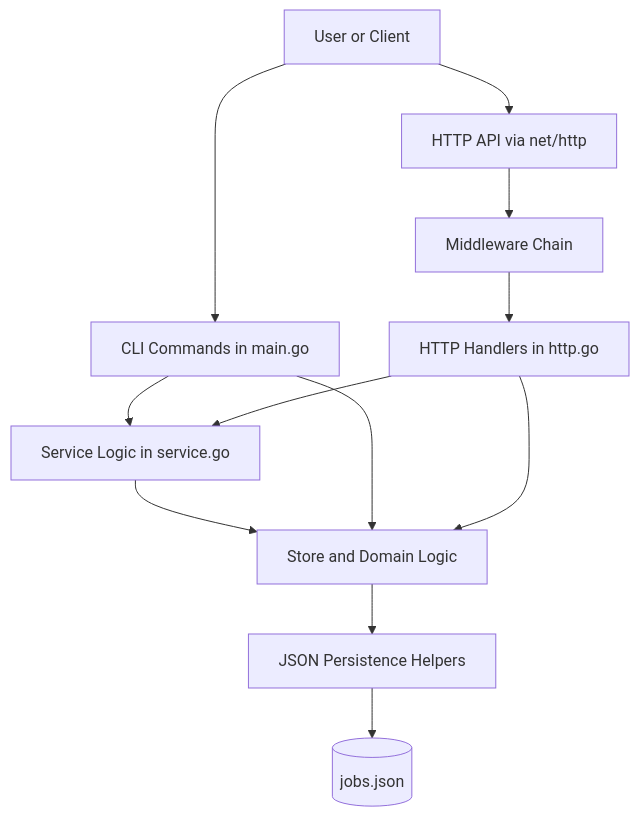
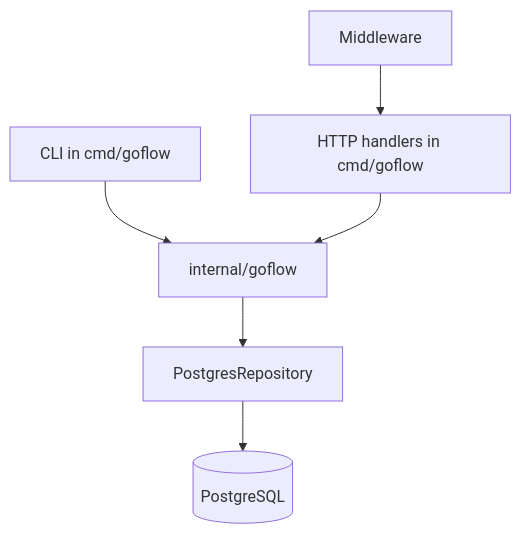
Before and after one commit to Kaushik-2005/GoFlow: the first of 13 diagrams in docs/design.md, drawn with Mermaid. The commit also changed other lines of this file and 13 other files, not shown here.

````diff
--- a/docs/design.md
+++ b/docs/design.md
@@ -66,17 +28,8 @@
 ```mermaid
 flowchart TD
-    User[User or Client] --> CLI[CLI Commands in main.go]
-    User --> HTTP[HTTP API via net/http]
-
-    HTTP --> Middleware[Middleware Chain]
-    Middleware --> Handlers[HTTP Handlers in http.go]
-    CLI --> Service[Service Logic in service.go]
-    Handlers --> Service
-
-    Service --> Store[Store and Domain Logic]
-    CLI --> Store
-    Handlers --> Store
-
-    Store --> Persistence[JSON Persistence Helpers]
-    Persistence --> File[(jobs.json)]
+    CLI[CLI in cmd/goflow] --> Core[internal/goflow]
+    HTTP[HTTP handlers in cmd/goflow] --> Core
+    Middleware[Middleware] --> HTTP
+    Core --> Repo[PostgresRepository]
+    Repo --> DB[(PostgreSQL)]
 ```
````
